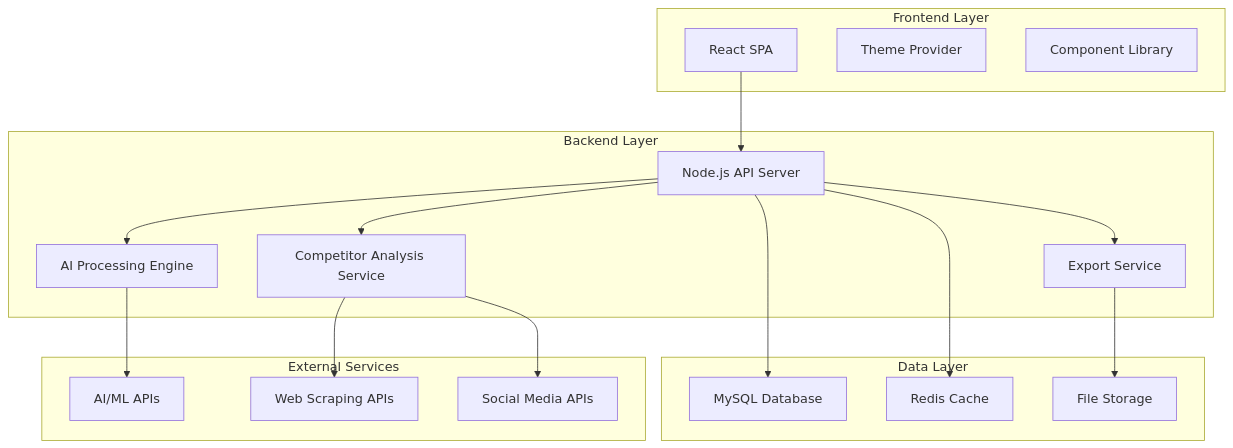
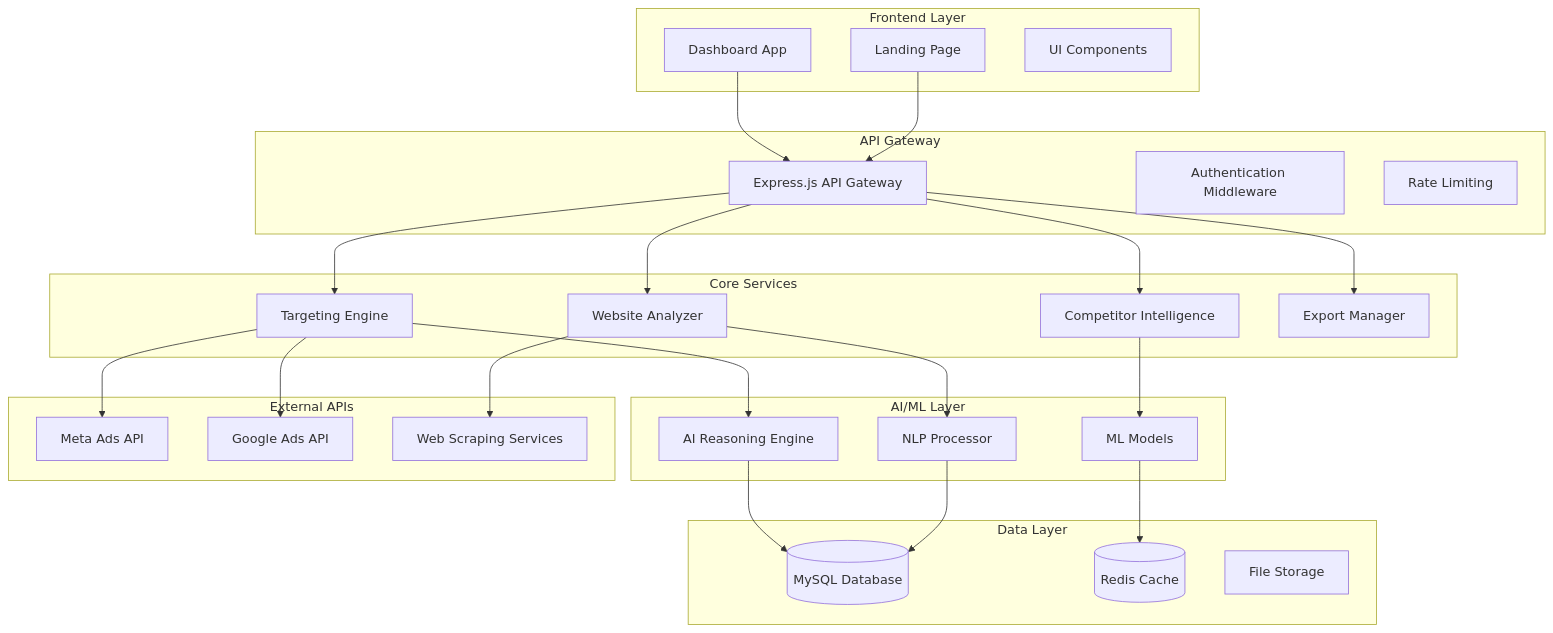
One commit to abhisekhranjan/AI-powered-ads-intelligence changed the first of 2 diagrams in .kiro/specs/ai-ads-intelligence-platform/design.md. Above: the diagram before and after it, drawn with Mermaid. The commit also changed other lines of this file, not shown here.

````diff
--- a/.kiro/specs/ai-ads-intelligence-platform/design.md
+++ b/.kiro/specs/ai-ads-intelligence-platform/design.md
@@ -15,38 +13,58 @@
 ```mermaid
 graph TB
     subgraph "Frontend Layer"
-        A[React SPA]
-        B[Theme Provider]
-        C[Component Library]
+        LP[Landing Page]
+        DA[Dashboard App]
+        UI[UI Components]
     end
     
-    subgraph "Backend Layer"
-        D[Node.js API Server]
-        E[AI Processing Engine]
-        F[Competitor Analysis Service]
-        G[Export Service]
+    subgraph "API Gateway"
+        AG[Express.js API Gateway]
+        AUTH[Authentication Middleware]
+        RATE[Rate Limiting]
+    end
+    
+    subgraph "Core Services"
+        WA[Website Analyzer]
+        CI[Competitor Intelligence]
+        TE[Targeting Engine]
+        EM[Export Manager]
+    end
+    
+    subgraph "AI/ML Layer"
+        NLP[NLP Processor]
+        ML[ML Models]
+        AI[AI Reasoning Engine]
     end
     
     subgraph "Data Layer"
-        H[MySQL Database]
-        I[Redis Cache]
-        J[File Storage]
+        DB[(MySQL Database)]
+        CACHE[(Redis Cache)]
+        FILES[File Storage]
     end
     
-    subgraph "External Services"
-        K[AI/ML APIs]
-        L[Web Scraping APIs]
-        M[Social Media APIs]
+    subgraph "External APIs"
+        META[Meta Ads API]
+        GOOGLE[Google Ads API]
+        SCRAPE[Web Scraping Services]
     end
     
-    A --> D
-    D --> E
-    D --> F
-    D --> G
-    E --> K
-    F --> L
-    F --> M
-    D --> H
-    D --> I
-    G --> J
+    LP --> AG
+    DA --> AG
+    AG --> WA
+    AG --> CI
+    AG --> TE
+    AG --> EM
+    
+    WA --> NLP
+    CI --> ML
+    TE --> AI
+    
+    NLP --> DB
+    ML --> CACHE
+    AI --> DB
+    
+    WA --> SCRAPE
+    TE --> META
+    TE --> GOOGLE
 ```
````
